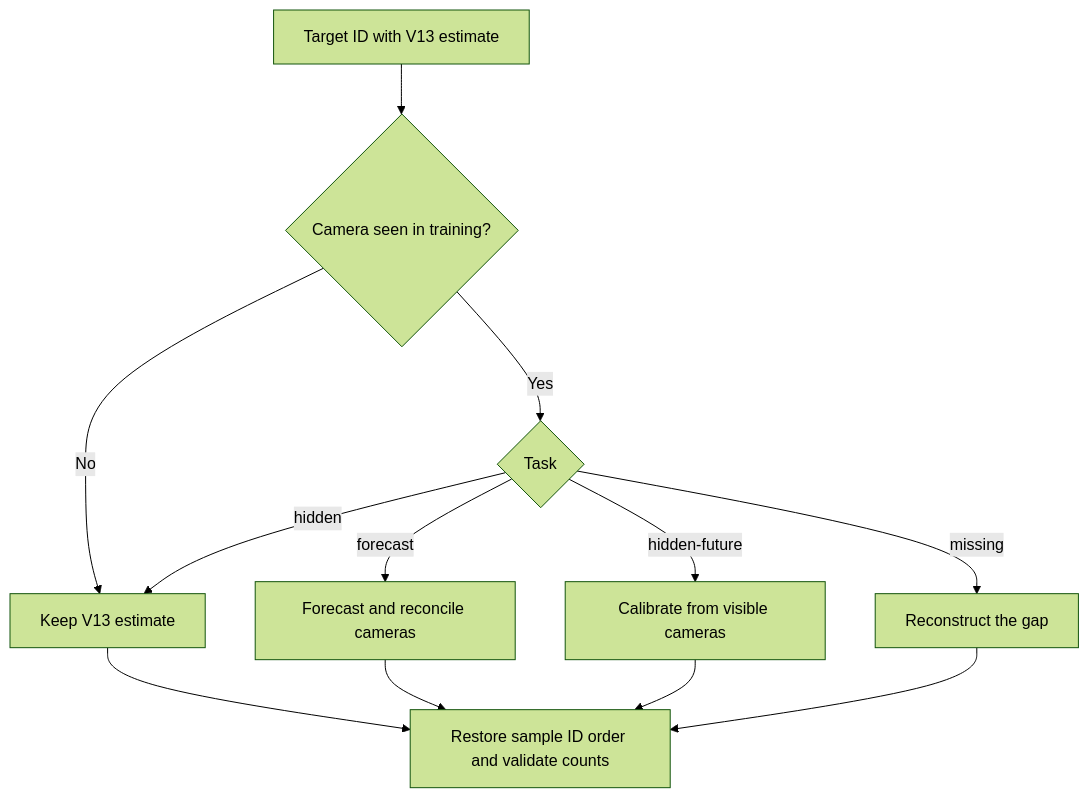
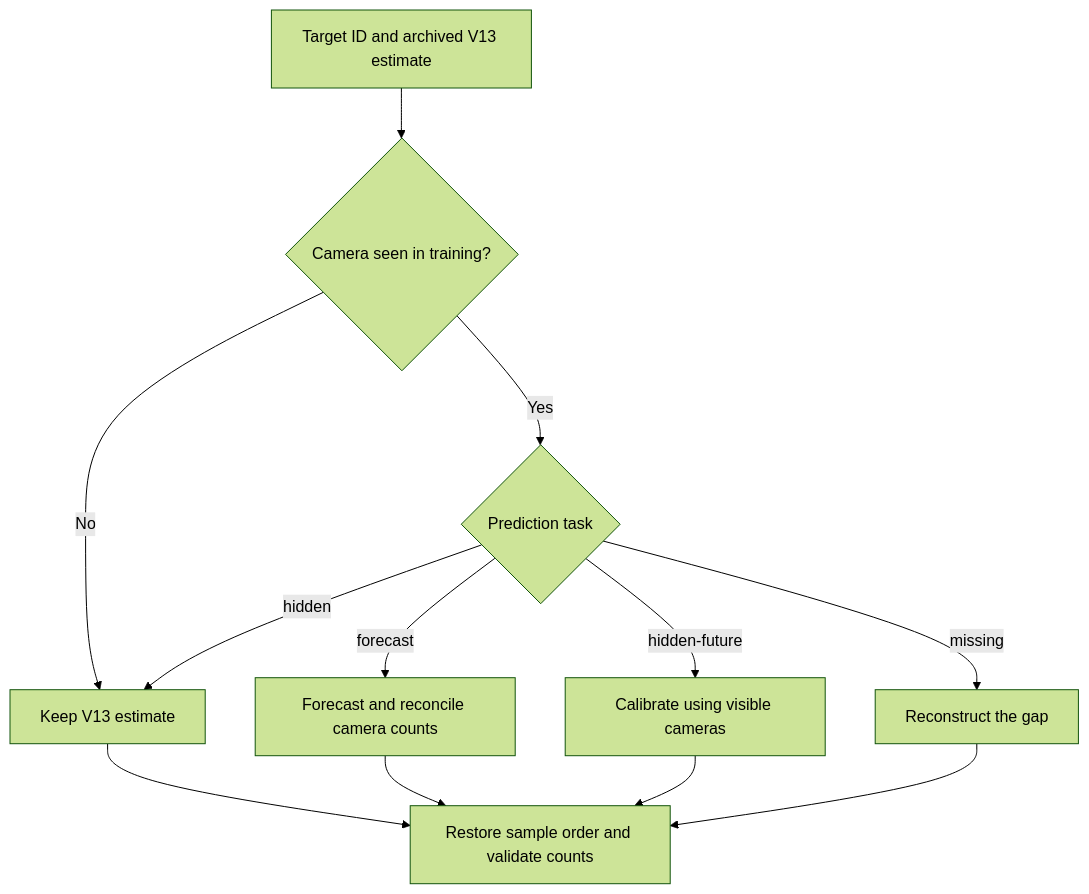
The diagram in README.md (xmohamedtariq/Madinah-Ethical-AI-Crowd-Prediction), drawn with Mermaid (forest theme) before and after one commit. The commit also changed other lines of this file, not shown here.

````diff
--- a/README.md
+++ b/README.md
@@ -43,14 +49,14 @@
 ```mermaid
 flowchart TD
-    A["Target ID with V13 estimate"] --> B{"Camera seen in training?"}
+    A["Target ID and archived V13 estimate"] --> B{"Camera seen in training?"}
     B -->|No| R["Keep V13 estimate"]
-    B -->|Yes| C{"Task"}
+    B -->|Yes| C{"Prediction task"}
     C -->|hidden| R
-    C -->|forecast| F["Forecast and reconcile cameras"]
-    C -->|hidden-future| P["Calibrate from visible cameras"]
+    C -->|forecast| F["Forecast and reconcile camera counts"]
+    C -->|hidden-future| H["Calibrate using visible cameras"]
     C -->|missing| M["Reconstruct the gap"]
-    R --> V["Restore sample ID order and validate counts"]
+    R --> V["Restore sample order and validate counts"]
     F --> V
-    P --> V
+    H --> V
     M --> V
 ```
````
